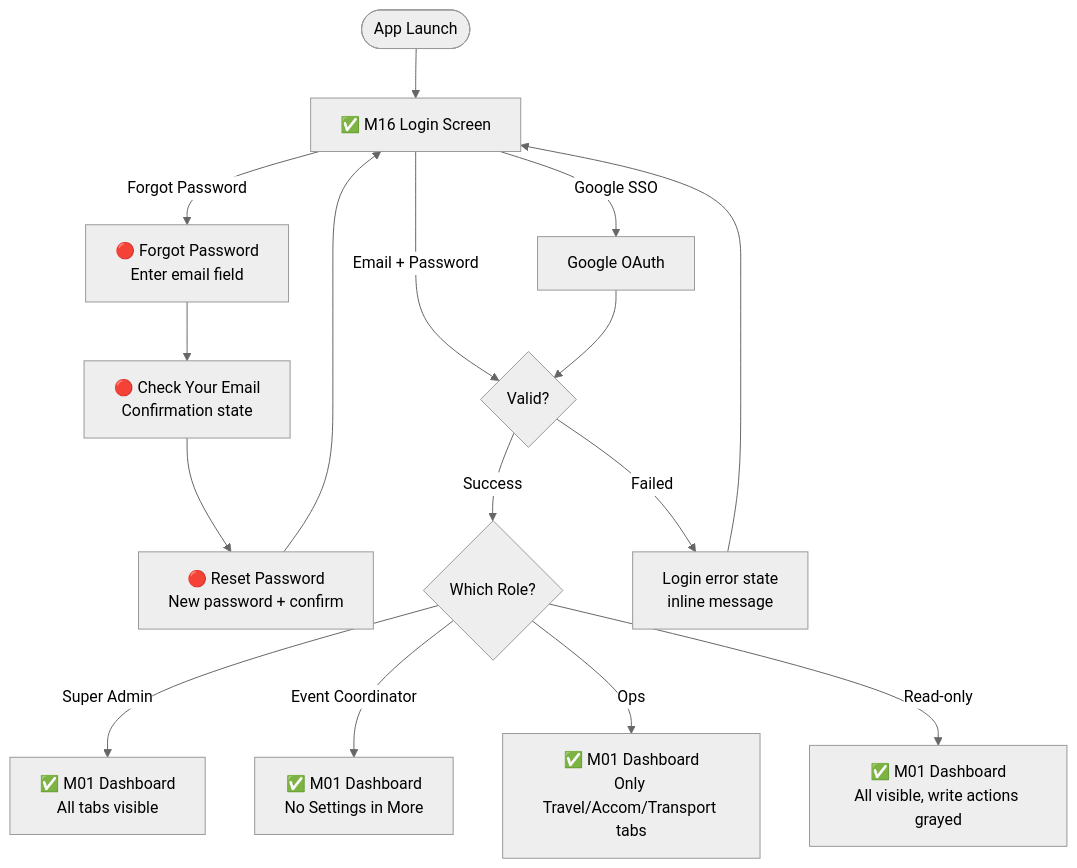
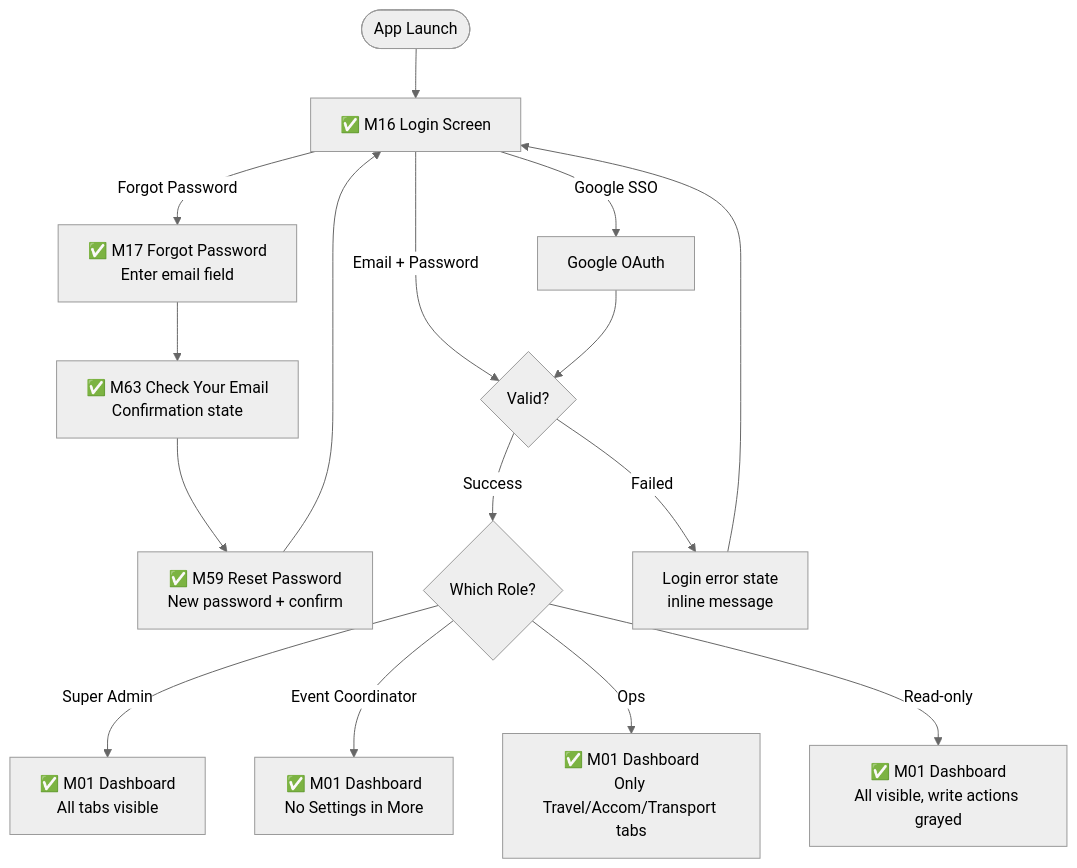
The first of 15 diagrams in research-hub/USER_FLOWS.md (drshailesh88/G_I_C_A), drawn with Mermaid (neutral theme) before and after one commit. The commit also changed other lines of this file and 16 other files, not shown here.

````diff
--- a/research-hub/USER_FLOWS.md
+++ b/research-hub/USER_FLOWS.md
@@ -10,17 +13,17 @@
 ```mermaid
 flowchart TD
     START([App Launch]) --> LOGIN[✅ M16 Login Screen]
     LOGIN -->|Email + Password| VALIDATE{Valid?}
     LOGIN -->|Google SSO| GOOGLE[Google OAuth] --> VALIDATE
-    LOGIN -->|Forgot Password| FORGOT[🔴 Forgot Password<br/>Enter email field]
-    FORGOT --> EMAIL_SENT[🔴 Check Your Email<br/>Confirmation state]
-    EMAIL_SENT --> RESET[🔴 Reset Password<br/>New password + confirm]
+    LOGIN -->|Forgot Password| FORGOT[✅ M17 Forgot Password<br/>Enter email field]
+    FORGOT --> EMAIL_SENT[✅ M63 Check Your Email<br/>Confirmation state]
+    EMAIL_SENT --> RESET[✅ M59 Reset Password<br/>New password + confirm]
     RESET --> LOGIN
     VALIDATE -->|Success| ROLE_CHECK{Which Role?}
     VALIDATE -->|Failed| LOGIN_ERROR[Login error state<br/>inline message]
     LOGIN_ERROR --> LOGIN
     ROLE_CHECK -->|Super Admin| DASH_FULL[✅ M01 Dashboard<br/>All tabs visible]
     ROLE_CHECK -->|Event Coordinator| DASH_COORD[✅ M01 Dashboard<br/>No Settings in More]
     ROLE_CHECK -->|Ops| DASH_OPS[✅ M01 Dashboard<br/>Only Travel/Accom/Transport tabs]
     ROLE_CHECK -->|Read-only| DASH_RO[✅ M01 Dashboard<br/>All visible, write actions grayed]
 ```
````
